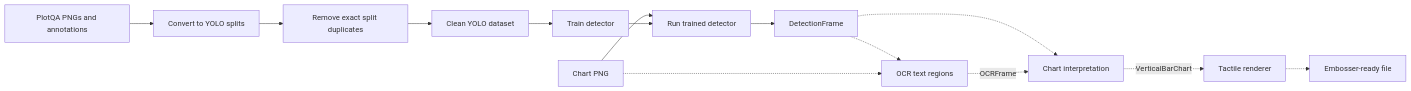
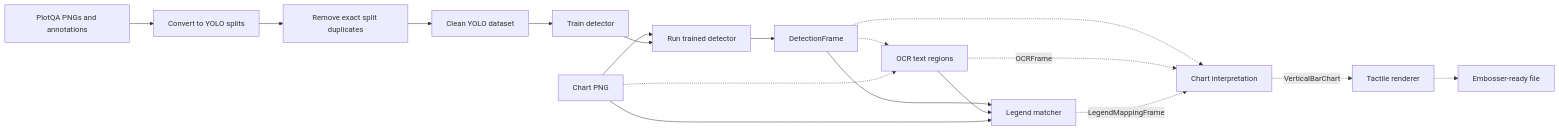
Before and after one commit to karyao/TactileGen: the diagram in docs/experiments.md, drawn with Mermaid. The commit also changed other lines of this file and 37 other files, not shown here.

````diff
--- a/docs/experiments.md
+++ b/docs/experiments.md
@@ -12,16 +12,20 @@
 ```mermaid
 flowchart LR
     A["PlotQA PNGs and annotations"] --> B["Convert to YOLO splits"]
     B --> C["Remove exact split duplicates"]
     C --> D["Clean YOLO dataset"]
     D --> E["Train detector"]
     F["Chart PNG"] --> G["Run trained detector"]
     E --> G
     G --> DF["DetectionFrame"]
     DF -.-> H["OCR text regions"]
     F -.-> H
+    DF --> LM["Legend matcher"]
+    H --> LM
+    F --> LM
     DF -.-> I["Chart interpretation"]
     H -. "OCRFrame" .-> I
+    LM -. "LegendMappingFrame" .-> I
     I -. "VerticalBarChart" .-> J["Tactile renderer"]
     J -.-> K["Embosser-ready file"]
 ```
````
